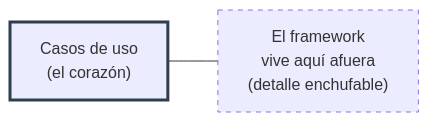
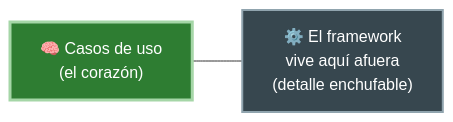
The second of 2 diagrams in 12-organizacion-del-codigo/01-screaming-architecture.md (JavierMachucaA/clean-architecture-guia), drawn with Mermaid before and after one commit. The commit also changed other lines of this file and 45 other files, not shown here.

````diff
--- a/12-organizacion-del-codigo/01-screaming-architecture.md
+++ b/12-organizacion-del-codigo/01-screaming-architecture.md
@@ -73,6 +77,6 @@
 ```mermaid
 flowchart LR
-    UC["Casos de uso<br/>(el corazón)"] --- D["El framework<br/>vive aquí afuera<br/>(detalle enchufable)"]
-    style UC stroke:#2c3e50,stroke-width:3px
-    style D stroke-dasharray: 5 5
+    UC["🧠 Casos de uso<br/>(el corazón)"] --- D["⚙️ El framework<br/>vive aquí afuera<br/>(detalle enchufable)"]
+    style UC fill:#2e7d32,stroke:#a5d6a7,color:#fff,stroke-width:3px
+    style D fill:#37474f,stroke:#90a4ae,color:#fff,stroke-width:2px
 ```
````
